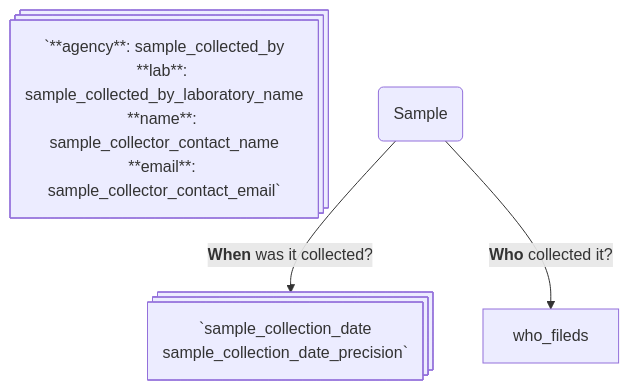
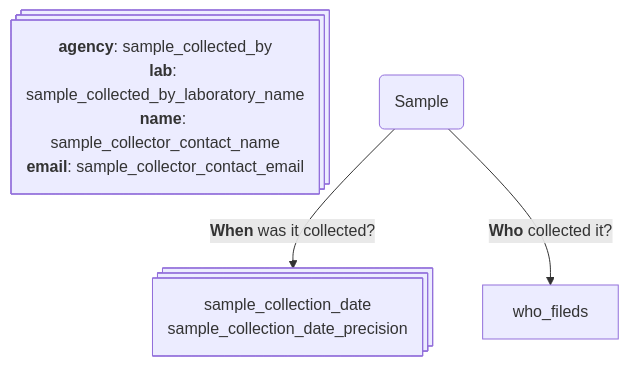
The second of 2 diagrams in metadata_standards_sop.md (grdi-amr/docs-and-SOPs), drawn with Mermaid before and after one commit.

Commit message:
remove backticks to fix codespan error

````diff
--- a/metadata_standards_sop.md
+++ b/metadata_standards_sop.md
@@ -208,14 +208,14 @@
 ```mermaid
 graph TD
 
-time_fields@{shape: procs, label: "`sample_collection_date
-                                    sample_collection_date_precision`"}
-who_fields@{shape: procs, label: "`**agency**: sample_collected_by
-                                   **lab**: sample_collected_by_laboratory_name
-                                   **name**: sample_collector_contact_name
-                                   **email**: sample_collector_contact_email`"}
+time_fields@{shape: procs, label: "sample_collection_date
+                                   sample_collection_date_precision"}
+who_fields@{shape: procs, label: "**agency**: sample_collected_by
+                                  **lab**: sample_collected_by_laboratory_name
+                                  **name**: sample_collector_contact_name
+                                  **email**: sample_collector_contact_email"}
 
 sam("Sample") --> |"`**When** was it collected?`"| time_fields
 sam("Sample") --> |"`**Who** collected it?`"     | who_fileds
 
 ```
````
